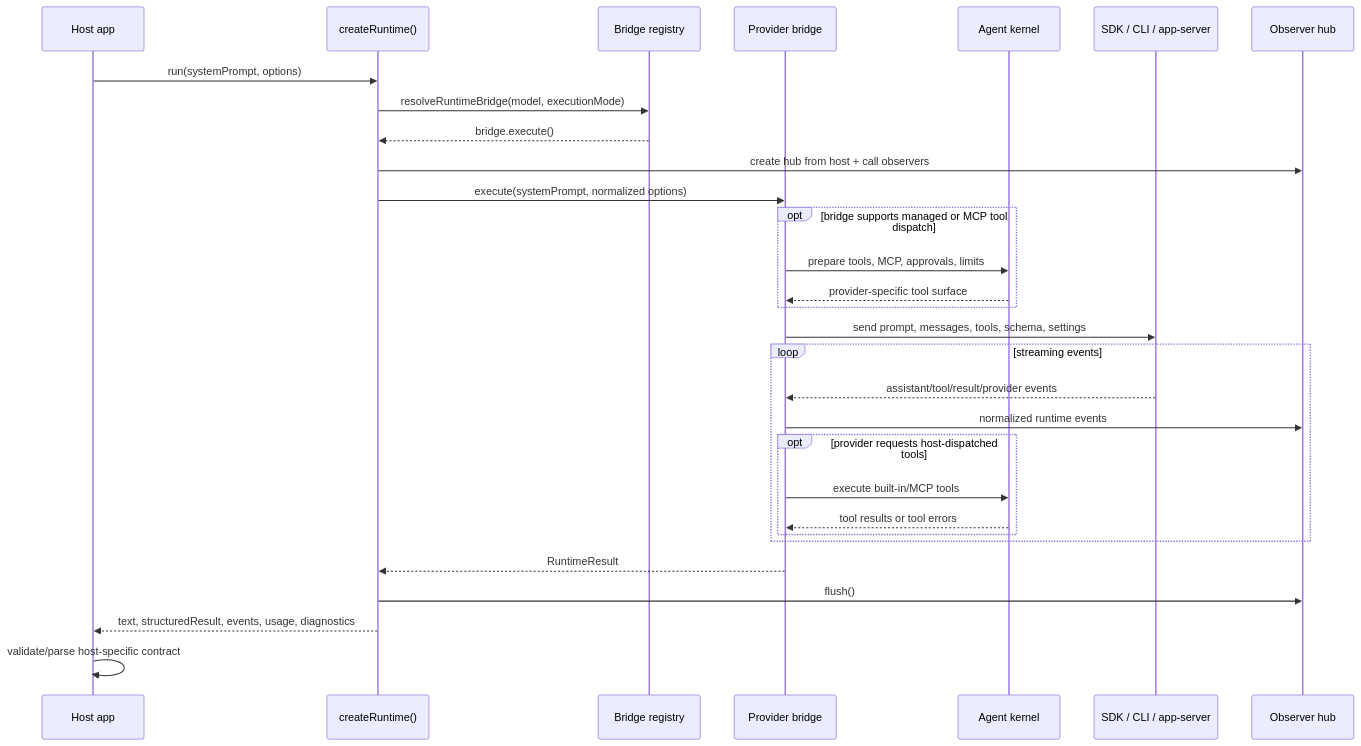
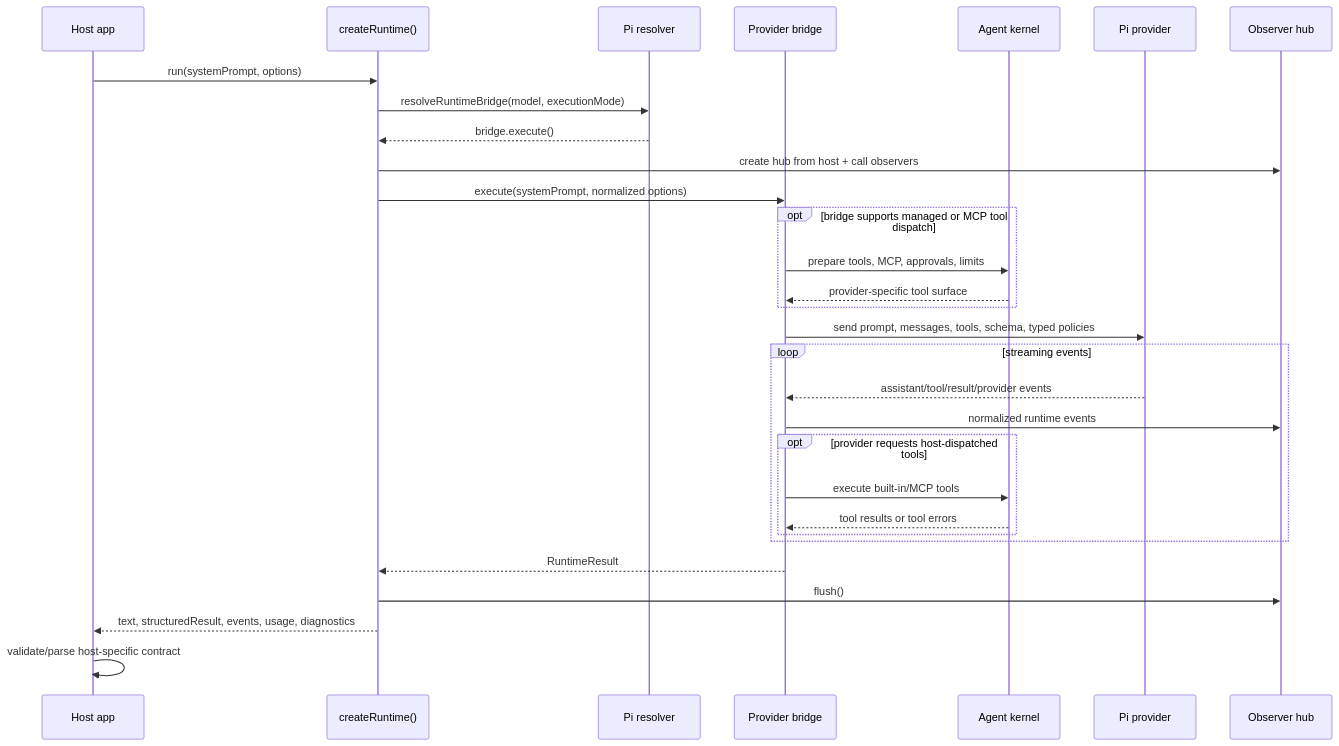
The third of 5 diagrams in packages/agent-runtime/ARCHITECTURE.md (robertsreberski/mono-agent), drawn with Mermaid before and after one commit. The commit also changed other lines of this file and 289 other files, not shown here.

````diff
--- a/packages/agent-runtime/ARCHITECTURE.md
+++ b/packages/agent-runtime/ARCHITECTURE.md
@@ -137,36 +117,36 @@
 ```mermaid
 sequenceDiagram
   participant Host as Host app
   participant Runtime as createRuntime()
-  participant Registry as Bridge registry
+  participant Registry as Pi resolver
   participant Bridge as Provider bridge
   participant Kernel as Agent kernel
-  participant Provider as SDK / CLI / app-server
+  participant Provider as Pi provider
   participant Observer as Observer hub
 
   Host->>Runtime: run(systemPrompt, options)
   Runtime->>Registry: resolveRuntimeBridge(model, executionMode)
   Registry-->>Runtime: bridge.execute()
   Runtime->>Observer: create hub from host + call observers
   Runtime->>Bridge: execute(systemPrompt, normalized options)
 
   opt bridge supports managed or MCP tool dispatch
     Bridge->>Kernel: prepare tools, MCP, approvals, limits
     Kernel-->>Bridge: provider-specific tool surface
   end
-  Bridge->>Provider: send prompt, messages, tools, schema, settings
+  Bridge->>Provider: send prompt, messages, tools, schema, typed policies
 
   loop streaming events
     Provider-->>Bridge: assistant/tool/result/provider events
     Bridge->>Observer: normalized runtime events
     opt provider requests host-dispatched tools
       Bridge->>Kernel: execute built-in/MCP tools
       Kernel-->>Bridge: tool results or tool errors
     end
   end
 
   Bridge-->>Runtime: RuntimeResult
   Runtime->>Observer: flush()
   Runtime-->>Host: text, structuredResult, events, usage, diagnostics
   Host->>Host: validate/parse host-specific contract
 ```
````
